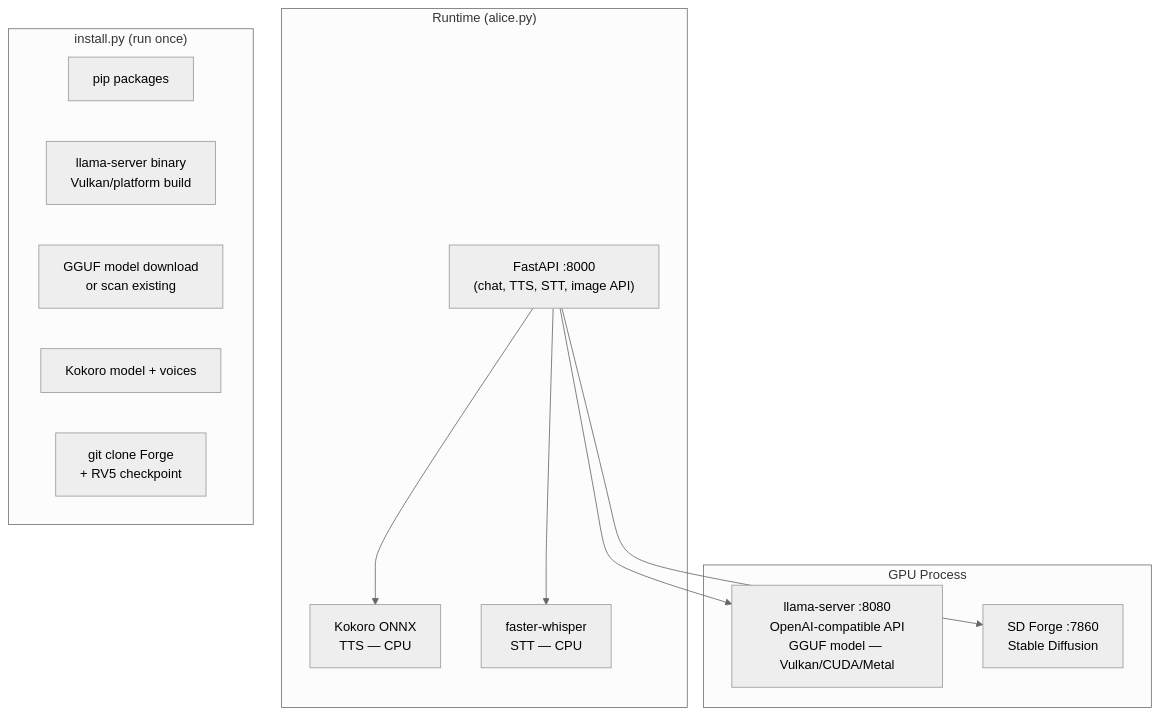
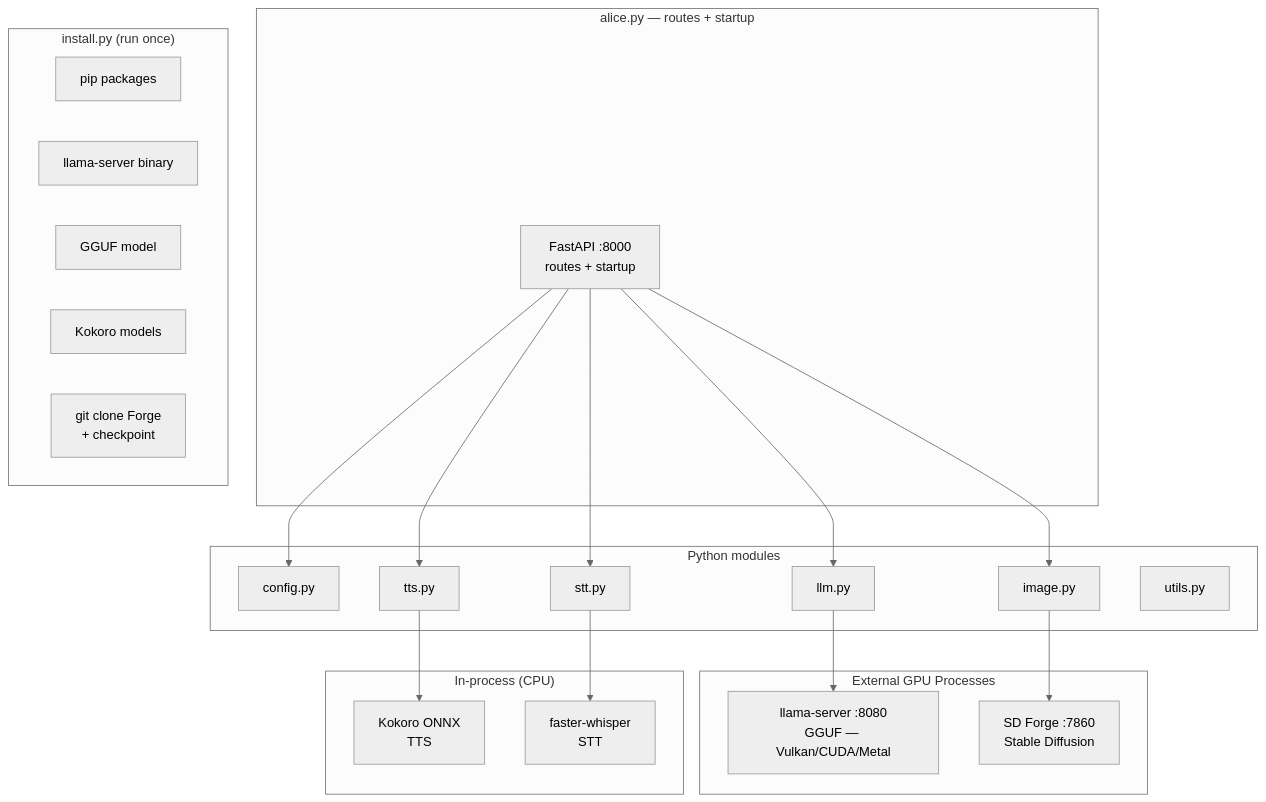
The first of 3 diagrams in Roadmap.md (cschladetsch/PyLocalEnsemble), drawn with Mermaid (neutral theme) before and after one commit. The commit also changed other lines of this file and 1 other file, not shown here.

Commit message:
Update docs: module structure, config-driven memory, new diagrams

````diff
--- a/Roadmap.md
+++ b/Roadmap.md
@@ -30,26 +30,43 @@
 ```mermaid
 graph TD
-    subgraph Runtime ["Runtime (alice.py)"]
-        FastAPI["FastAPI :8000\n(chat, TTS, STT, image API)"]
-        Kokoro["Kokoro ONNX\nTTS — CPU"]
-        Whisper["faster-whisper\nSTT — CPU"]
+    subgraph App ["alice.py — routes + startup"]
+        Routes["FastAPI :8000\nroutes + startup"]
     end
 
-    subgraph GPU ["GPU Process"]
-        LlamaServer["llama-server :8080\nOpenAI-compatible API\nGGUF model — Vulkan/CUDA/Metal"]
+    subgraph Modules ["Python modules"]
+        Config["config.py"]
+        LLM["llm.py"]
+        TTS_M["tts.py"]
+        STT_M["stt.py"]
+        Image_M["image.py"]
+        Utils["utils.py"]
+    end
+
+    subgraph GPU ["External GPU Processes"]
+        LlamaServer["llama-server :8080\nGGUF — Vulkan/CUDA/Metal"]
         Forge["SD Forge :7860\nStable Diffusion"]
+    end
+
+    subgraph CPU ["In-process (CPU)"]
+        Kokoro["Kokoro ONNX\nTTS"]
+        Whisper["faster-whisper\nSTT"]
     end
 
     subgraph Install ["install.py (run once)"]
         Pip["pip packages"]
-        BinaryDl["llama-server binary\nVulkan/platform build"]
-        ModelDl["GGUF model download\nor scan existing"]
-        TTSDl["Kokoro model + voices"]
-        ForgeSetup["git clone Forge\n+ RV5 checkpoint"]
+        BinaryDl["llama-server binary"]
+        ModelDl["GGUF model"]
+        TTSDl["Kokoro models"]
+        ForgeSetup["git clone Forge\n+ checkpoint"]
     end
 
-    FastAPI --> LlamaServer
-    FastAPI --> Forge
-    FastAPI --> Kokoro
-    FastAPI --> Whisper
+    Routes --> Config
+    Routes --> LLM
+    Routes --> TTS_M
+    Routes --> STT_M
+    Routes --> Image_M
+    LLM --> LlamaServer
+    Image_M --> Forge
+    TTS_M --> Kokoro
+    STT_M --> Whisper
 ```
````
